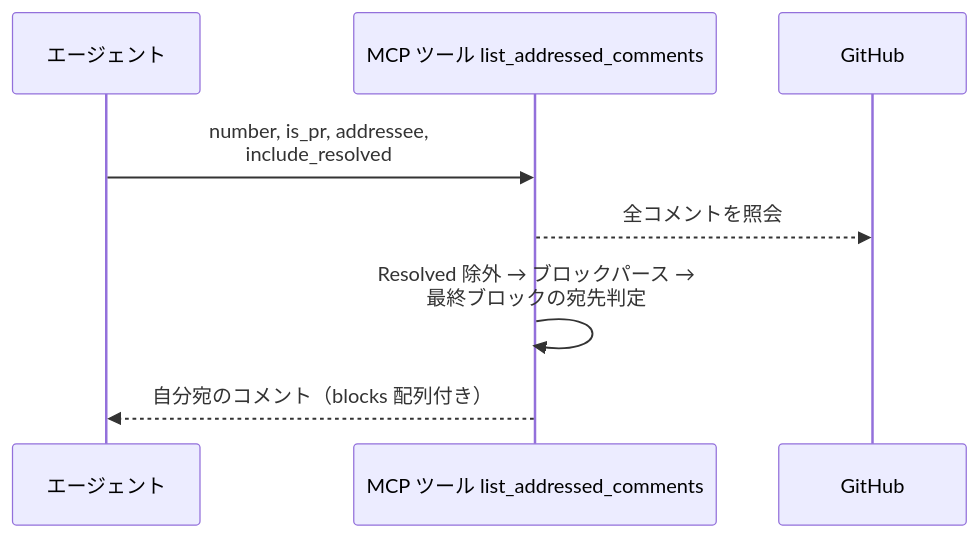
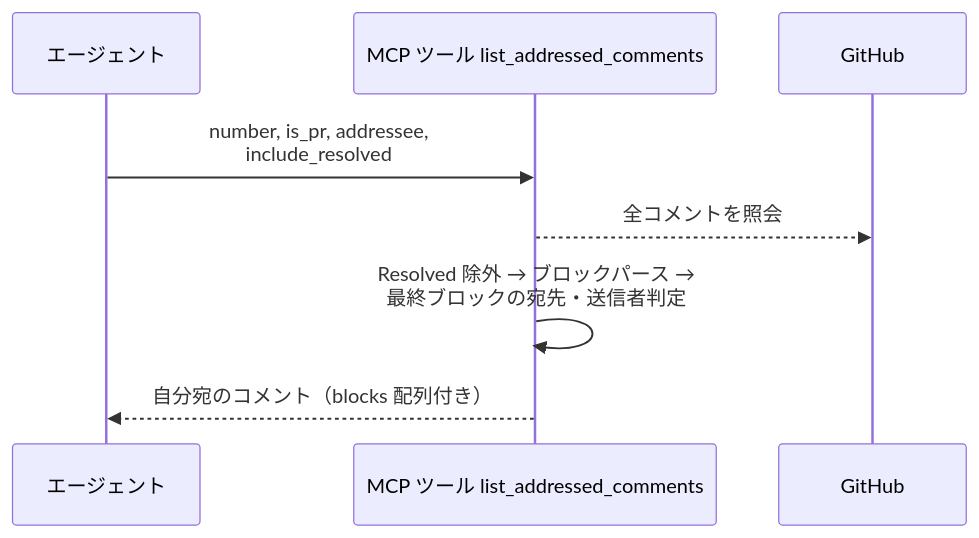
The first of 2 diagrams in docs/wiki/設計図/バックエンド結合/宛先コメント一覧.md (shuhei1101/ai-monitor-e2e), drawn with Mermaid before and after one commit. The commit also changed other lines of this file and 1 other file, not shown here.

````diff
--- a/docs/wiki/設計図/バックエンド結合/宛先コメント一覧.md
+++ b/docs/wiki/設計図/バックエンド結合/宛先コメント一覧.md
@@ -88,11 +89,11 @@
 ```mermaid
 sequenceDiagram
   participant A as エージェント
   participant T as MCP ツール list_addressed_comments
   participant GH as GitHub
 
   A->>T: number, is_pr, addressee,<br>include_resolved
   T-->>GH: 全コメントを照会
-  T->>T: Resolved 除外 → ブロックパース →<br>最終ブロックの宛先判定
+  T->>T: Resolved 除外 → ブロックパース →<br>最終ブロックの宛先・送信者判定
   T-->>A: 自分宛のコメント（blocks 配列付き）
 ```
````
